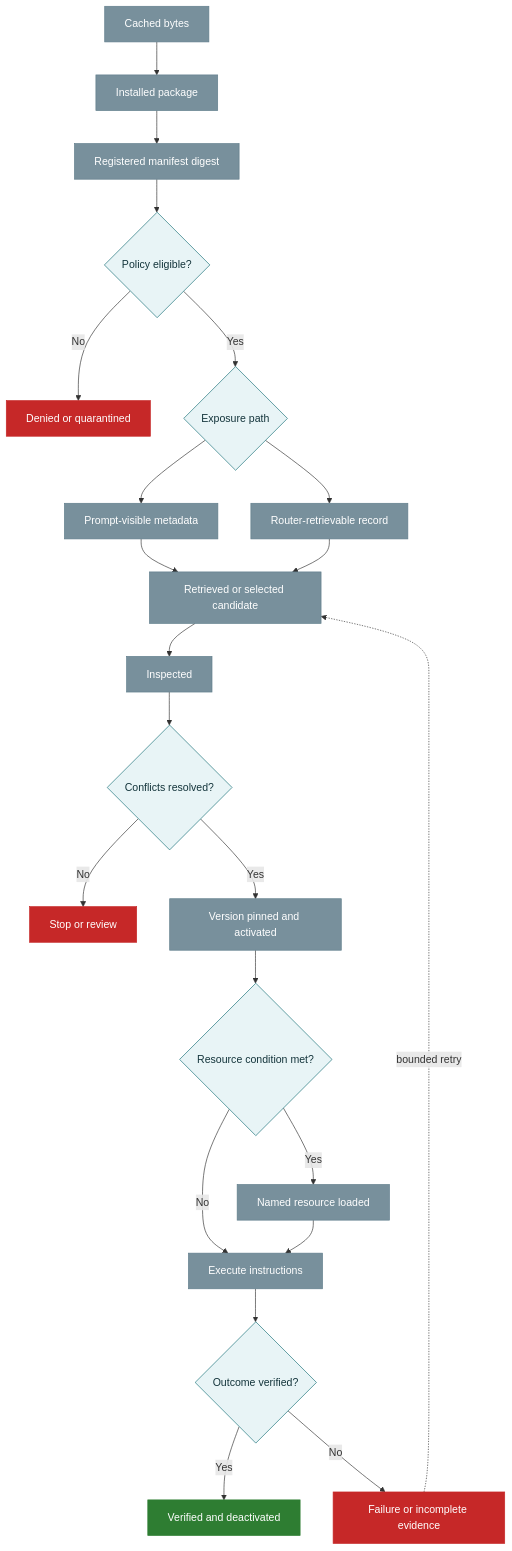
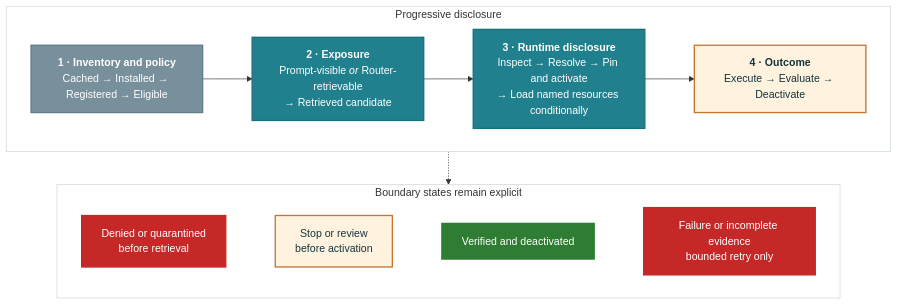
The diagram in docs/diagrams/src/context-loading-lifecycle.mmd (jremick/skill-library-reference-architecture), drawn with Mermaid before and after one commit. The commit also changed 12 other files, not shown here.

Commit message:
Add architecture visuals and social preview

```diff
--- a/docs/diagrams/src/context-loading-lifecycle.mmd
+++ b/docs/diagrams/src/context-loading-lifecycle.mmd
@@ -1,36 +1,43 @@
 flowchart TB
   accTitle: Context-loading lifecycle
-  accDescr: A skill moves from installed material through validation, policy eligibility, visibility or retrieval, inspection, activation, conditional resource loading, execution, verification, and deactivation. Denials and failures remain explicit.
+  accDescr: Four compact stages separate inventory and policy, exposure, runtime disclosure, and outcome. Cached or installed material is not automatically visible; inspection is not activation; named resources load only when conditions are met; and verification remains distinct from execution.
 
-  A0["Cached bytes"] --> A["Installed package"]
-  A --> B["Registered manifest digest"]
-  B --> C{"Policy eligible?"}
-  C -- "No" --> X["Denied or quarantined"]
-  C -- "Yes" --> D{"Exposure path"}
-  D --> E["Prompt-visible metadata"]
-  D --> F["Router-retrievable record"]
-  E --> G["Retrieved or selected candidate"]
-  F --> G
-  G --> H["Inspected"]
-  H --> I{"Conflicts resolved?"}
-  I -- "No" --> Y["Stop or review"]
-  I -- "Yes" --> J["Version pinned and activated"]
-  J --> K{"Resource condition met?"}
-  K -- "Yes" --> L["Named resource loaded"]
-  K -- "No" --> M["Execute instructions"]
-  L --> M
-  M --> N{"Outcome verified?"}
-  N -- "Yes" --> O["Verified and deactivated"]
-  N -- "No" --> P["Failure or incomplete evidence"]
-  P -. "bounded retry" .-> G
+  subgraph stages["Progressive disclosure"]
+    direction LR
+    I["<b>1 · Inventory and policy</b><br/>Cached → Installed → Registered → Eligible"]
+    E["<b>2 · Exposure</b><br/>Prompt-visible <i>or</i> Router-retrievable<br/>→ Retrieved candidate"]
+    R["<b>3 · Runtime disclosure</b><br/>Inspect → Resolve → Pin and activate<br/>→ Load named resources conditionally"]
+    O["<b>4 · Outcome</b><br/>Execute → Evaluate → Deactivate"]
 
-  classDef system fill:#78909C,stroke:#607D8B,color:#FFFFFF;
-  classDef automated fill:#20808D,stroke:#187078,color:#FFFFFF;
-  classDef decision fill:#E8F4F6,stroke:#187078,color:#13343B;
-  classDef success fill:#2E7D32,stroke:#2E7D32,color:#FFFFFF;
-  classDef stop fill:#C62828,stroke:#C62828,color:#FFFFFF;
+    I --> E --> R --> O
+  end
 
-  class A0,A,B,E,F,G,H,J,L,M system;
-  class C,D,I,K,N decision;
-  class O success;
-  class X,Y,P stop;
+  subgraph boundaries["Boundary states remain explicit"]
+    direction LR
+    X["Denied or quarantined<br/>before retrieval"]
+    Y["Stop or review<br/>before activation"]
+    S["Verified and deactivated"]
+    P["Failure or incomplete evidence<br/>bounded retry only"]
+
+    X ~~~ Y ~~~ S ~~~ P
+  end
+
+  stages -.-> boundaries
+
+  classDef inventory fill:#78909C,stroke:#607D8B,color:#FFFFFF,stroke-width:2px;
+  classDef exposure fill:#20808D,stroke:#187078,color:#FFFFFF,stroke-width:2px;
+  classDef runtime fill:#20808D,stroke:#187078,color:#FFFFFF,stroke-width:2px;
+  classDef outcome fill:#2E7D32,stroke:#2E7D32,color:#FFFFFF,stroke-width:2px;
+  classDef stop fill:#C62828,stroke:#C62828,color:#FFFFFF,stroke-width:2px;
+  classDef review fill:#FFF3E0,stroke:#C47530,color:#13343B,stroke-width:2px;
+
+  class I inventory;
+  class E exposure;
+  class R runtime;
+  class S outcome;
+  class O review;
+  class X,P stop;
+  class Y review;
+
+  style stages fill:#FFFFFF,stroke:#CBD5DA,stroke-width:1px
+  style boundaries fill:#FFFFFF,stroke:#CBD5DA,stroke-width:1px
```
